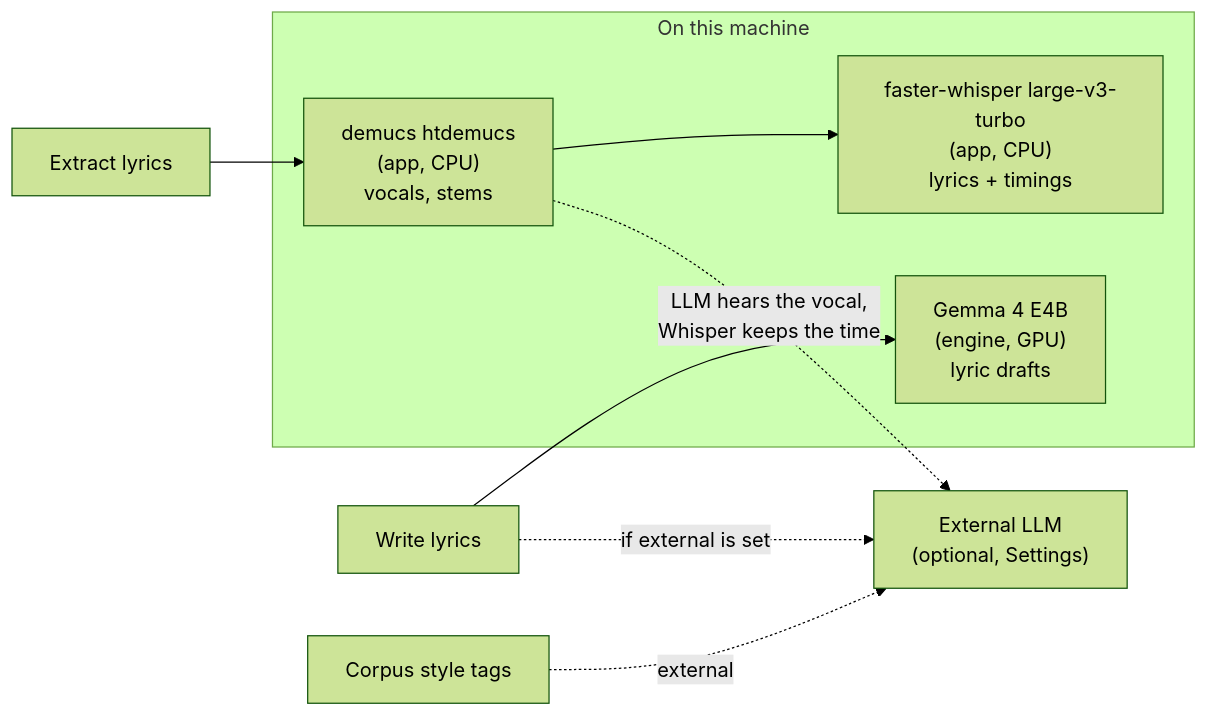
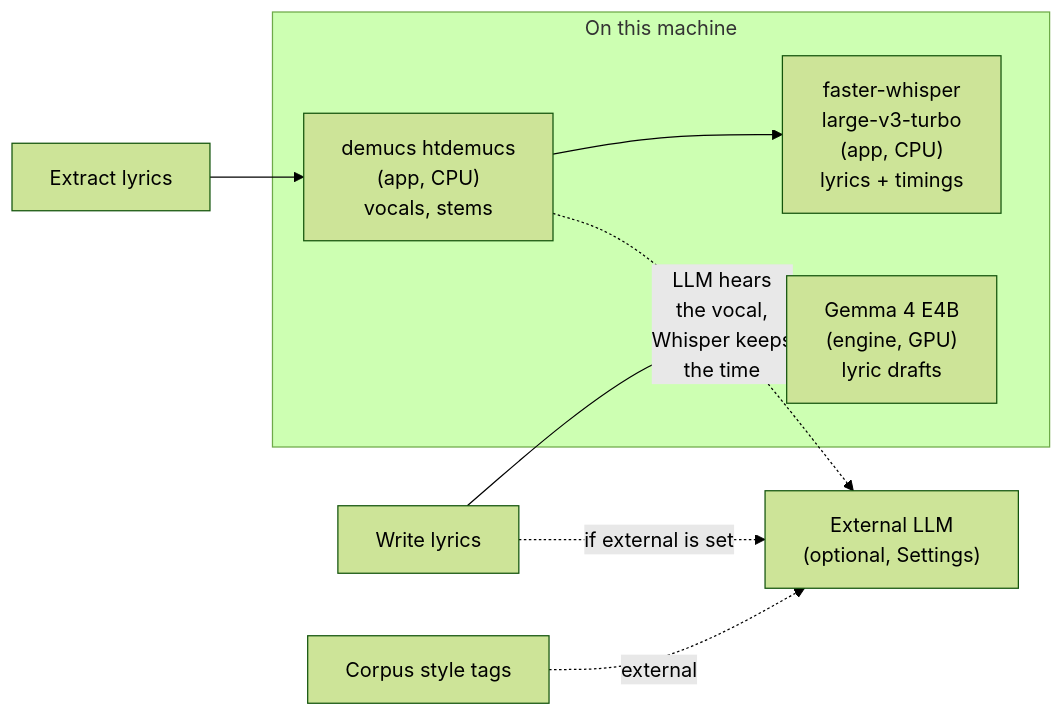
One commit to dynamohum/YuE2gen-studio changed the seventh of 8 diagrams in docs/ARCHITECTURE.md. Above: the diagram before and after it, drawn with Mermaid (forest theme). The commit also changed other lines of this file, not shown here.

First line of the commit message:
ARCHITECTURE diagrams: shorter label lines, so GitHub does not clip them

````diff
--- a/docs/ARCHITECTURE.md
+++ b/docs/ARCHITECTURE.md
@@ -281,14 +281,14 @@
 ```mermaid
 flowchart LR
     subgraph Local["On this machine"]
         G["Gemma 4 E4B<br/>(engine, GPU)<br/>lyric drafts"]
-        W["faster-whisper large-v3-turbo<br/>(app, CPU)<br/>lyrics + timings"]
+        W["faster-whisper<br/>large-v3-turbo<br/>(app, CPU)<br/>lyrics + timings"]
         DM["demucs htdemucs<br/>(app, CPU)<br/>vocals, stems"]
     end
     X["External LLM<br/>(optional, Settings)"]
     T1["Write lyrics"] --> G
     T1 -. "if external is set" .-> X
     T2["Extract lyrics"] --> DM --> W
-    DM -. "LLM hears the vocal,<br/>Whisper keeps the time" .-> X
+    DM -. "LLM hears<br/>the vocal,<br/>Whisper keeps<br/>the time" .-> X
     T3["Corpus style tags"] -. external .-> X
 ```
````
